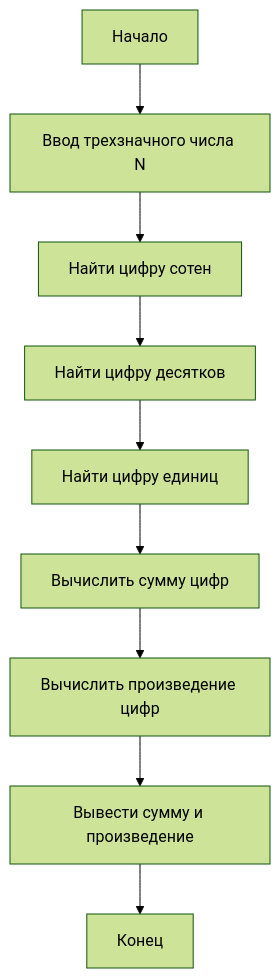
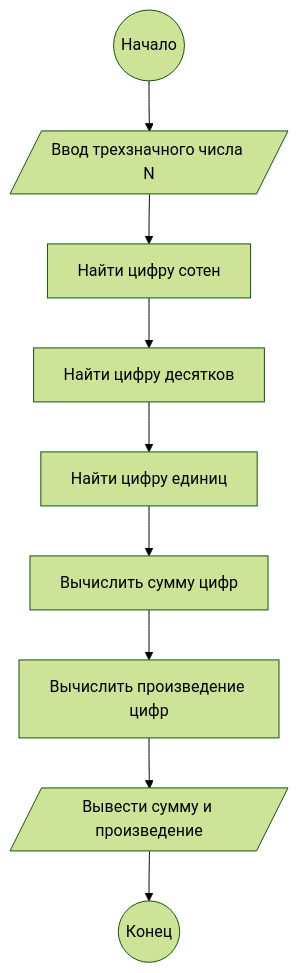
One commit to topanim/python-programming-practice changed the diagram in practices/p2/README.md. Above: the diagram before and after it, drawn with Mermaid (forest theme). The commit also changed 4 other files, not shown here.

````diff
--- a/practices/p2/README.md
+++ b/practices/p2/README.md
@@ -17,11 +17,11 @@
 ```mermaid
 graph TB
-    A[Начало] --> B[Ввод трехзначного числа N];
+    A((Начало)) --> B[/Ввод трехзначного числа N/];
     B --> C[Найти цифру сотен];
     C --> D[Найти цифру десятков];
     D --> E[Найти цифру единиц];
     E --> F[Вычислить сумму цифр];
     F --> G[Вычислить произведение цифр];
-    G --> H[Вывести сумму и произведение];
-    H --> I[Конец];
+    G --> H[/Вывести сумму и произведение/];
+    H --> I((Конец));
 ```
````
